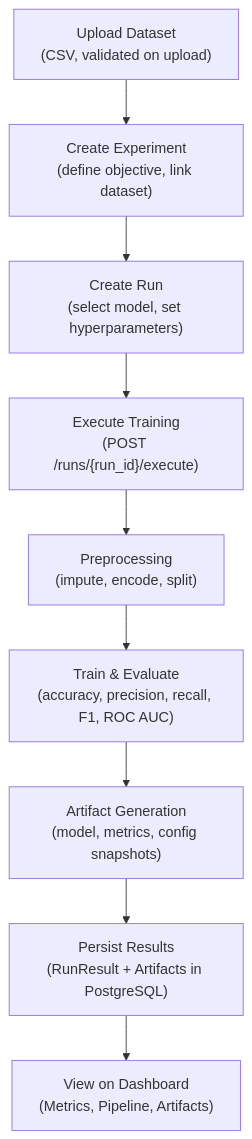
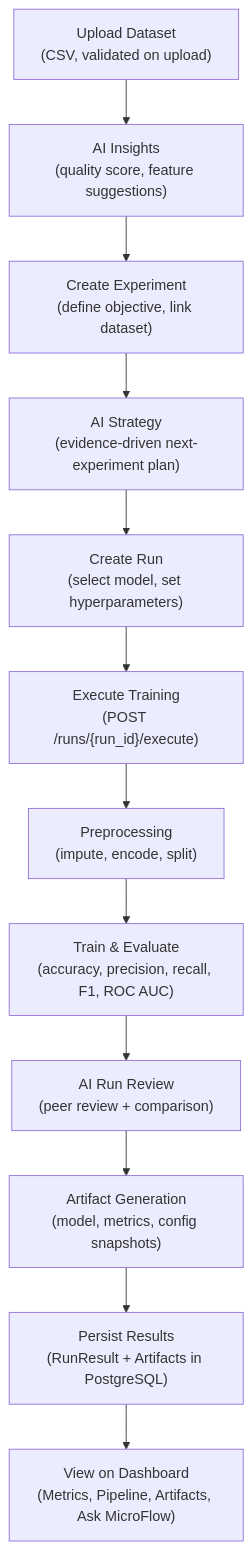
One commit to Mohitingale13/microflow-ml-platform changed the third of 4 diagrams in README.md. Above: the diagram before and after it, drawn with Mermaid. The commit also changed other lines of this file and 19 other files, not shown here.

````diff
--- a/README.md
+++ b/README.md
@@ -237,14 +284,17 @@
 ```mermaid
 graph TD
-    D["Upload Dataset<br/>(CSV, validated on upload)"]
-    E["Create Experiment<br/>(define objective, link dataset)"]
-    R["Create Run<br/>(select model, set hyperparameters)"]
-    T["Execute Training<br/>(POST /runs/{run_id}/execute)"]
-    P["Preprocessing<br/>(impute, encode, split)"]
-    M["Train & Evaluate<br/>(accuracy, precision, recall, F1, ROC AUC)"]
-    A["Artifact Generation<br/>(model, metrics, config snapshots)"]
-    DB["Persist Results<br/>(RunResult + Artifacts in PostgreSQL)"]
-    Dash["View on Dashboard<br/>(Metrics, Pipeline, Artifacts)"]
+    D["Upload Dataset\n(CSV, validated on upload)"]
+    AI_D["AI Insights\n(quality score, feature suggestions)"]
+    E["Create Experiment\n(define objective, link dataset)"]
+    AI_E["AI Strategy\n(evidence-driven next-experiment plan)"]
+    R["Create Run\n(select model, set hyperparameters)"]
+    T["Execute Training\n(POST /runs/{run_id}/execute)"]
+    P["Preprocessing\n(impute, encode, split)"]
+    M["Train & Evaluate\n(accuracy, precision, recall, F1, ROC AUC)"]
+    AI_R["AI Run Review\n(peer review + comparison)"]
+    A["Artifact Generation\n(model, metrics, config snapshots)"]
+    DB["Persist Results\n(RunResult + Artifacts in PostgreSQL)"]
+    Dash["View on Dashboard\n(Metrics, Pipeline, Artifacts, Ask MicroFlow)"]
 
-    D --> E --> R --> T --> P --> M --> A --> DB --> Dash
+    D --> AI_D --> E --> AI_E --> R --> T --> P --> M --> AI_R --> A --> DB --> Dash
 ```
````
